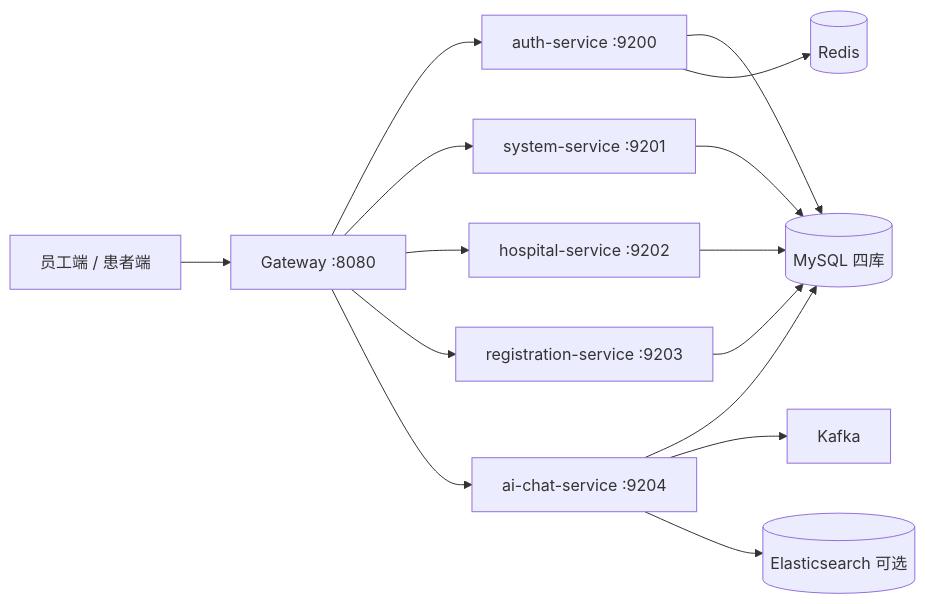
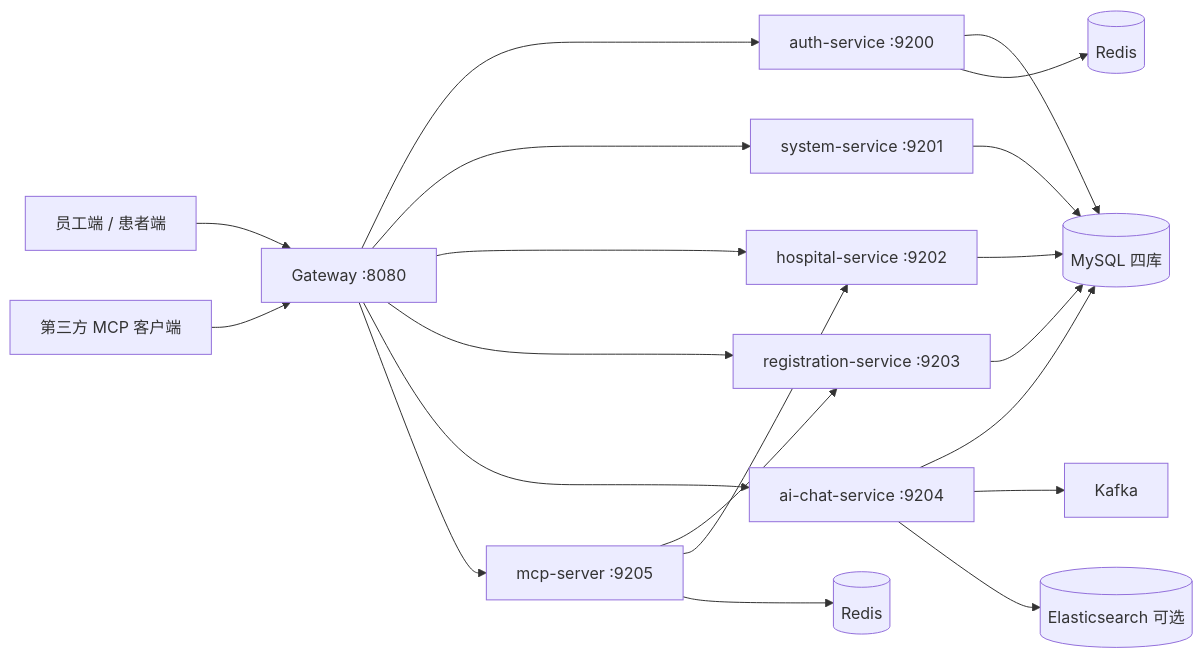
One commit to yh230/ai-assistant changed the diagram in README.md. Above: the diagram before and after it, drawn with Mermaid. The commit also changed other lines of this file and 1 other file, not shown here.

Commit message:
docs(mcp): 补充对外排班 MCP 使用说明

````diff
--- a/README.md
+++ b/README.md
@@ -70,17 +70,22 @@
 ```mermaid
 flowchart LR
   U[员工端 / 患者端] --> G[Gateway :8080]
+  X[第三方 MCP 客户端] --> G
   G --> A[auth-service :9200]
   G --> S[system-service :9201]
   G --> H[hospital-service :9202]
   G --> R[registration-service :9203]
   G --> C[ai-chat-service :9204]
+  G --> P[mcp-server :9205]
+  P --> R
+  P --> H
+  P --> D2[(Redis)]
   A --> M[(MySQL 四库)]
   S --> M
   H --> M
   R --> M
   C --> M
   A --> D[(Redis)]
   C --> K[Kafka]
   C --> E[(Elasticsearch 可选)]
 ```
````
